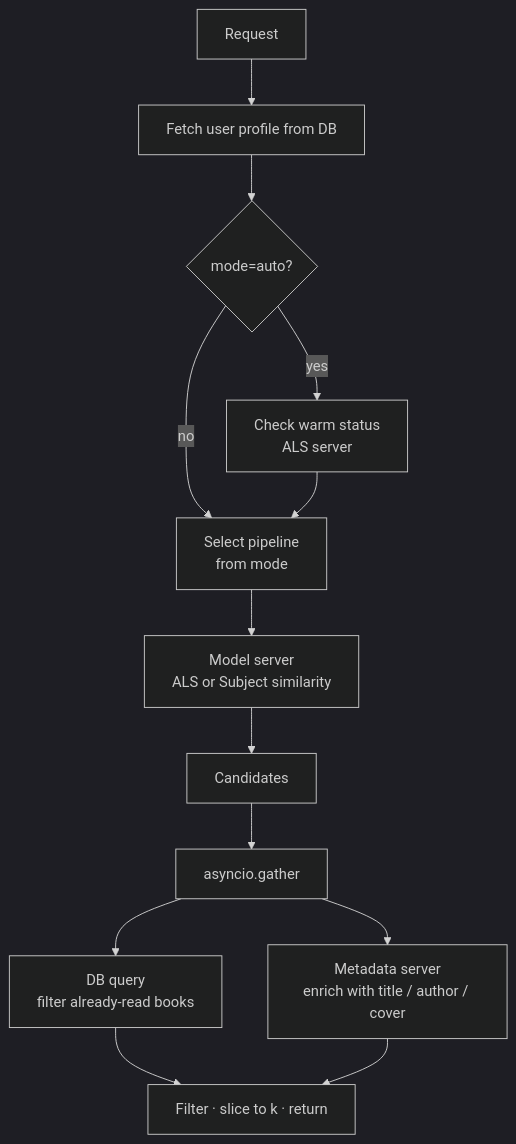
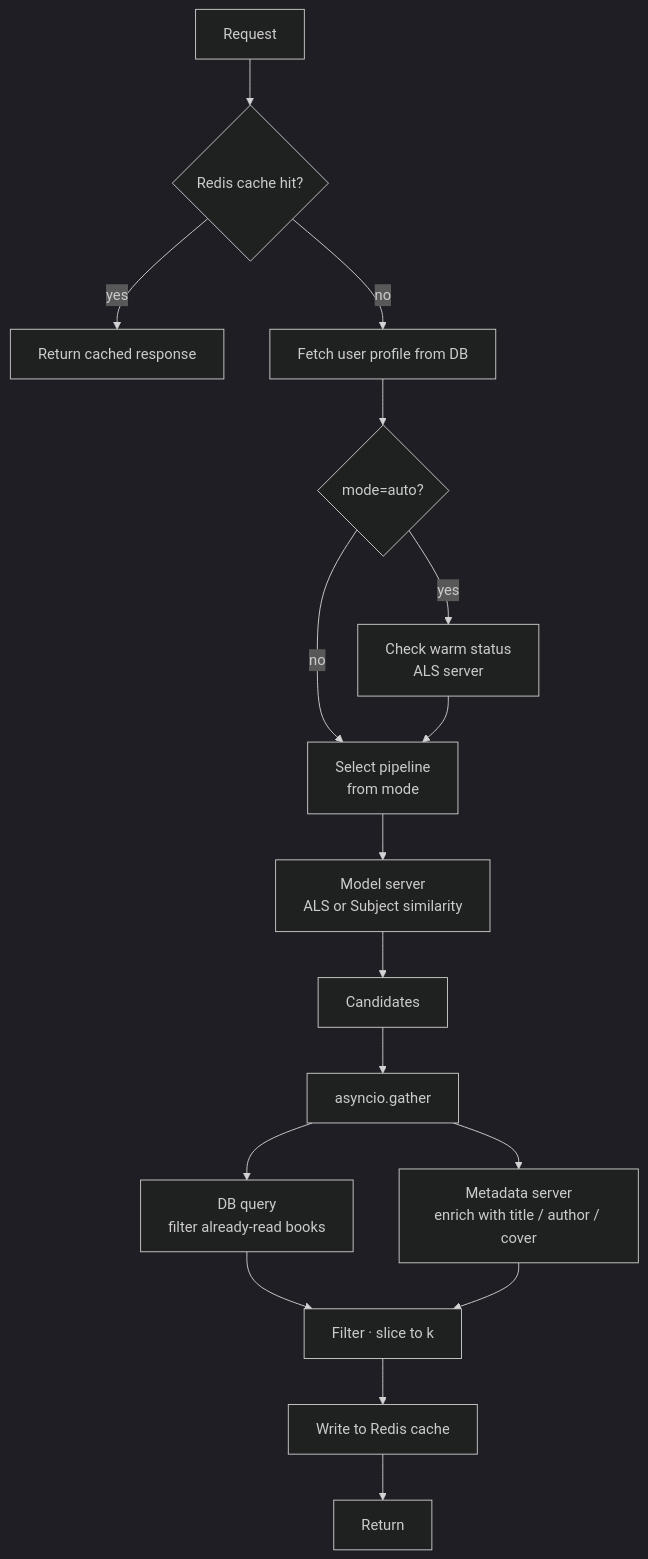
Before and after one commit to simon-bouchard/book-recommendation-platform: the second of 5 diagrams in README.md, drawn with Mermaid (dark theme). The commit also changed other lines of this file, not shown here.

Commit message:
chore: add readme mermaid graphs

````diff
--- a/README.md
+++ b/README.md
@@ -59,15 +118,19 @@
 ```mermaid
 flowchart TD
-    A[Request] --> B[Fetch user profile from DB]
-    B --> C{mode=auto?}
-    C -- yes --> D[Check warm status\nALS server]
-    C -- no --> E[Select pipeline\nfrom mode]
-    D --> E
-    E --> F[Model server\nALS or Subject similarity]
-    F --> G[Candidates]
-    G --> H[asyncio.gather]
-    H --> I[DB query\nfilter already-read books]
-    H --> J[Metadata server\nenrich with title / author / cover]
-    I --> K[Filter · slice to k · return]
-    J --> K
+    A[Request] --> B{Redis cache hit?}
+    B -- yes --> Z[Return cached response]
+    B -- no --> C[Fetch user profile from DB]
+    C --> D{mode=auto?}
+    D -- yes --> E[Check warm status\nALS server]
+    D -- no --> F[Select pipeline\nfrom mode]
+    E --> F
+    F --> G[Model server\nALS or Subject similarity]
+    G --> H[Candidates]
+    H --> I[asyncio.gather]
+    I --> J[DB query\nfilter already-read books]
+    I --> K[Metadata server\nenrich with title / author / cover]
+    J --> L[Filter · slice to k]
+    K --> L
+    L --> M[Write to Redis cache]
+    M --> N[Return]
 ```
````
